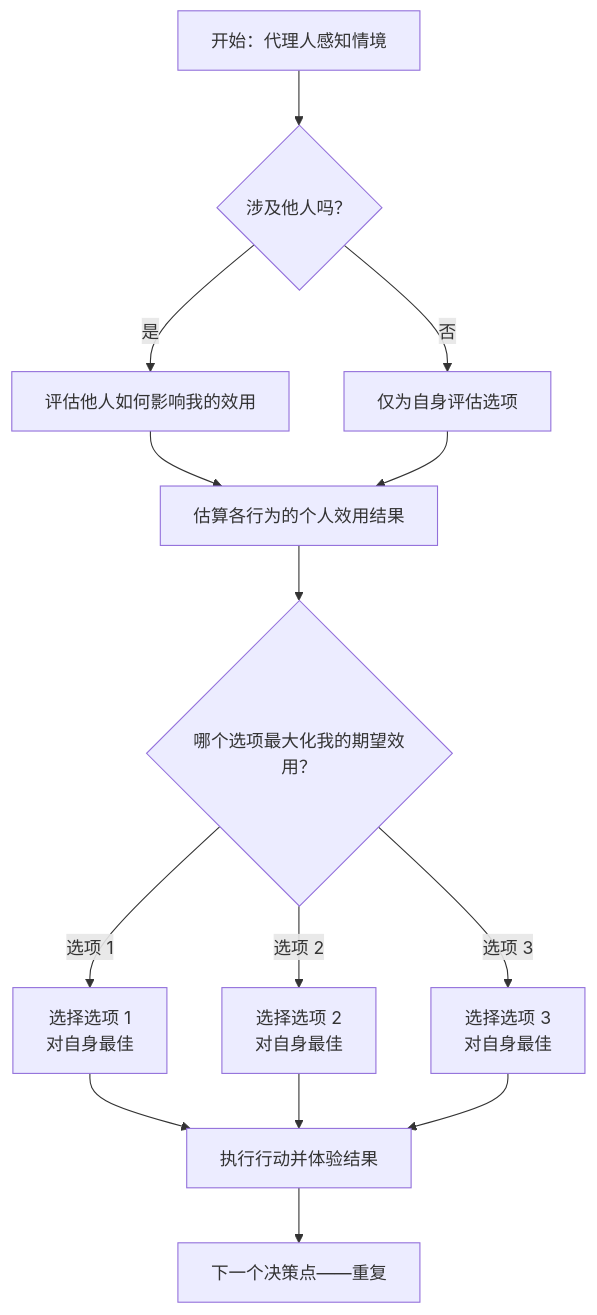
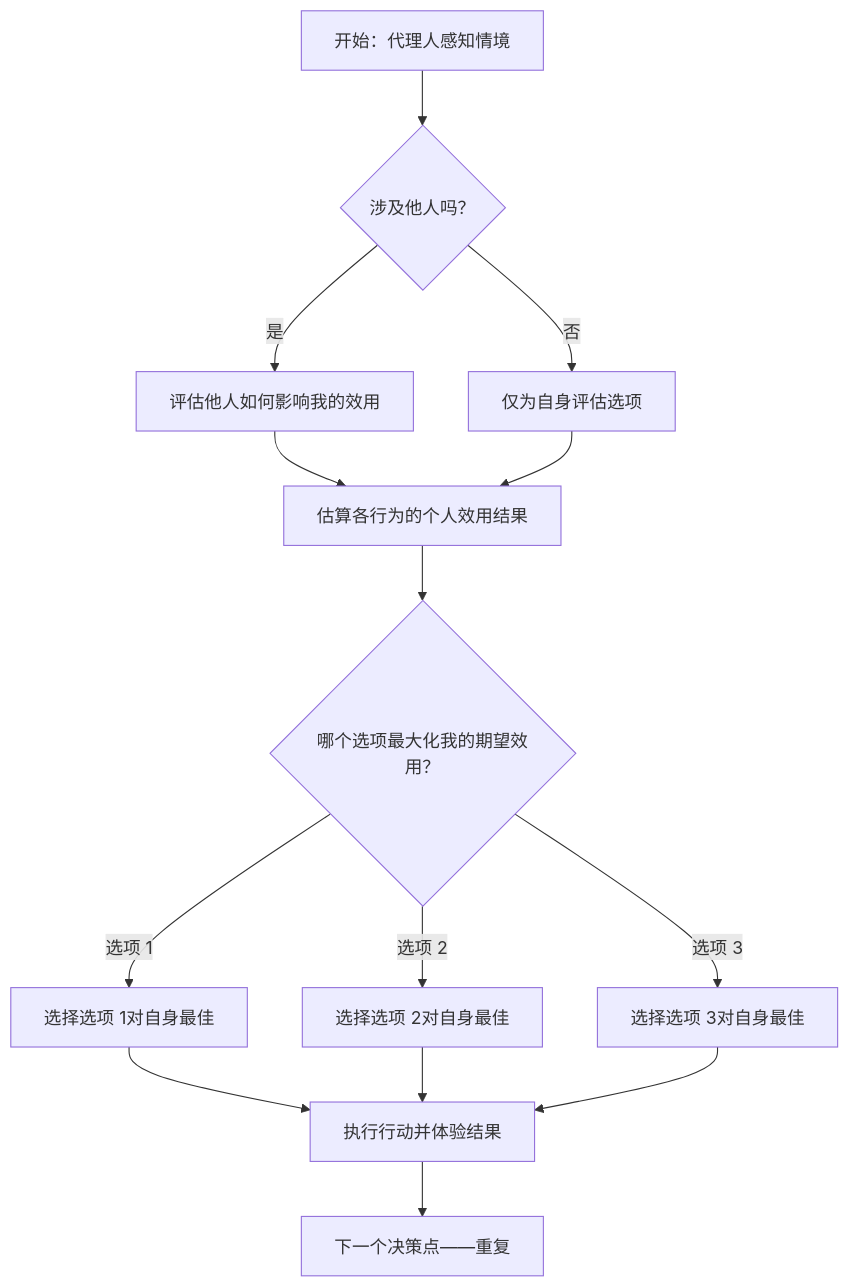
One commit to DavidHua04/philosophical-ravings changed the diagram in The Structure and Implications of Individual Utilitarianism/个人效用主义：一种以理性为基础的自我导向道德认知模型.md. Above: the diagram before and after it, drawn with Mermaid.

````diff
--- a/The Structure and Implications of Individual Utilitarianism/个人效用主义：一种以理性为基础的自我导向道德认知模型.md
+++ b/The Structure and Implications of Individual Utilitarianism/个人效用主义：一种以理性为基础的自我导向道德认知模型.md
@@ -68,16 +68,16 @@
 ```mermaid
 flowchart TD
     A[开始：代理人感知情境] --> B{涉及他人吗？}
     B -->|否| C[仅为自身评估选项]
     B -->|是| D[评估他人如何影响我的效用]
     D --> E[估算各行为的个人效用结果]
     C --> E
     E --> F{哪个选项最大化我的期望效用？}
-    F -->|选项 1| G[选择选项 1\n对自身最佳]
-    F -->|选项 2| H[选择选项 2\n对自身最佳]
-    F -->|选项 3| I[选择选项 3\n对自身最佳]
+    F -->|选项 1| G[选择选项 1对自身最佳]
+    F -->|选项 2| H[选择选项 2对自身最佳]
+    F -->|选项 3| I[选择选项 3对自身最佳]
     G --> Z[执行行动并体验结果]
     H --> Z
     I --> Z
     Z --> A2[下一个决策点——重复]
 ```
````
